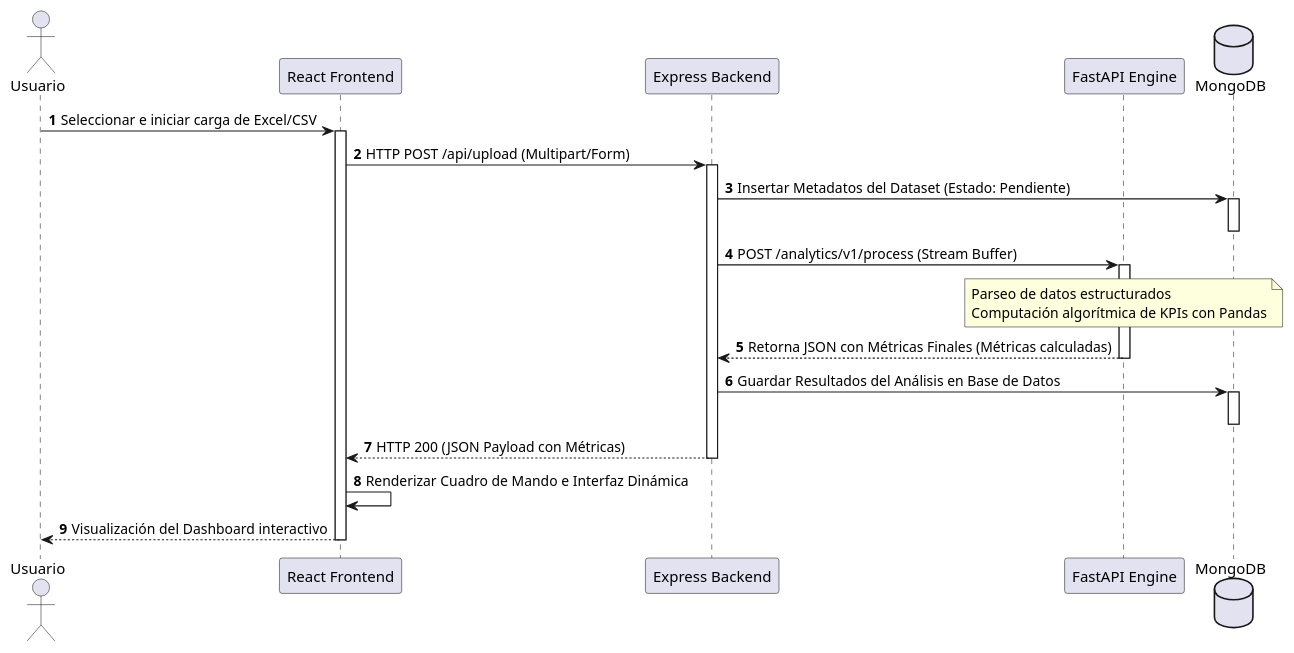
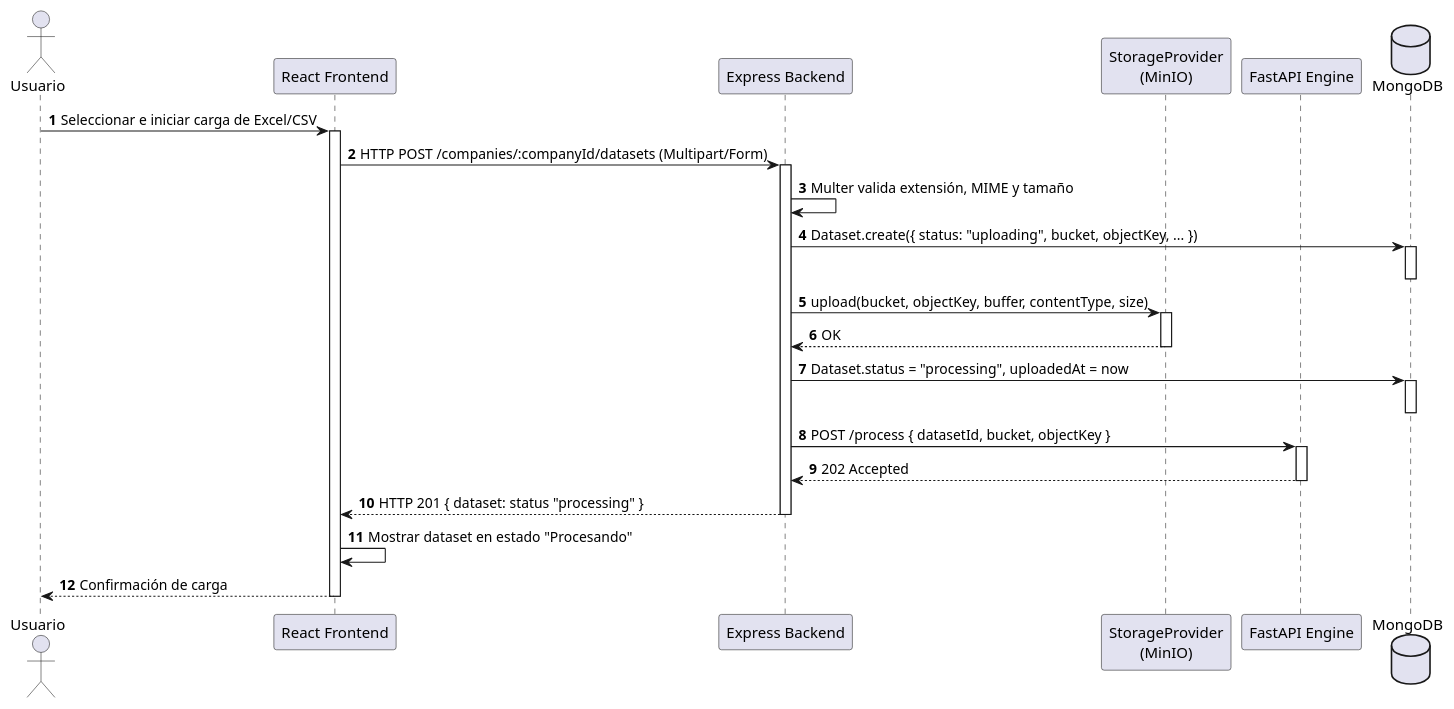
Before and after one commit to ezepurro/business-dashboard: the third of 5 diagrams in docs/srs.md, drawn with PlantUML. The commit also changed other lines of this file and 3 other files, not shown here.

Commit message:
file storage architecture defined

````diff
--- a/docs/srs.md
+++ b/docs/srs.md
@@ -143,39 +179,44 @@
 ```plantuml
 @startuml
 autonumber
 actor Usuario
 participant "React Frontend" as Frontend
 participant "Express Backend" as Backend
+participant "StorageProvider\n(MinIO)" as Storage
 participant "FastAPI Engine" as Engine
 database MongoDB
 
 Usuario -> Frontend: Seleccionar e iniciar carga de Excel/CSV
 activate Frontend
 
-Frontend -> Backend: HTTP POST /api/upload (Multipart/Form)
+Frontend -> Backend: HTTP POST /companies/:companyId/datasets (Multipart/Form)
 activate Backend
 
-Backend -> MongoDB: Insertar Metadatos del Dataset (Estado: Pendiente)
+Backend -> Backend: Multer valida extensión, MIME y tamaño
+
+Backend -> MongoDB: Dataset.create({ status: "uploading", bucket, objectKey, ... })
 activate MongoDB
 deactivate MongoDB
 
-Backend -> Engine: POST /analytics/v1/process (Stream Buffer)
-activate Engine
+Backend -> Storage: upload(bucket, objectKey, buffer, contentType, size)
+activate Storage
+Storage --> Backend: OK
+deactivate Storage
 
-Note over Engine: Parseo de datos estructurados\nComputación algorítmica de KPIs con Pandas
-
-Engine --> Backend: Retorna JSON con Métricas Finales (Métricas calculadas)
-deactivate Engine
-
-Backend -> MongoDB: Guardar Resultados del Análisis en Base de Datos
+Backend -> MongoDB: Dataset.status = "processing", uploadedAt = now
 activate MongoDB
 deactivate MongoDB
 
-Backend --> Frontend: HTTP 200 (JSON Payload con Métricas)
+Backend -> Engine: POST /process { datasetId, bucket, objectKey }
+activate Engine
+Engine --> Backend: 202 Accepted
+deactivate Engine
+
+Backend --> Frontend: HTTP 201 { dataset: status "processing" }
 deactivate Backend
 
-Frontend -> Frontend: Renderizar Cuadro de Mando e Interfaz Dinámica
-Usuario <-- Frontend: Visualización del Dashboard interactivo
+Frontend -> Frontend: Mostrar dataset en estado "Procesando"
+Usuario <-- Frontend: Confirmación de carga
 deactivate Frontend
 @endum
 ```
````
